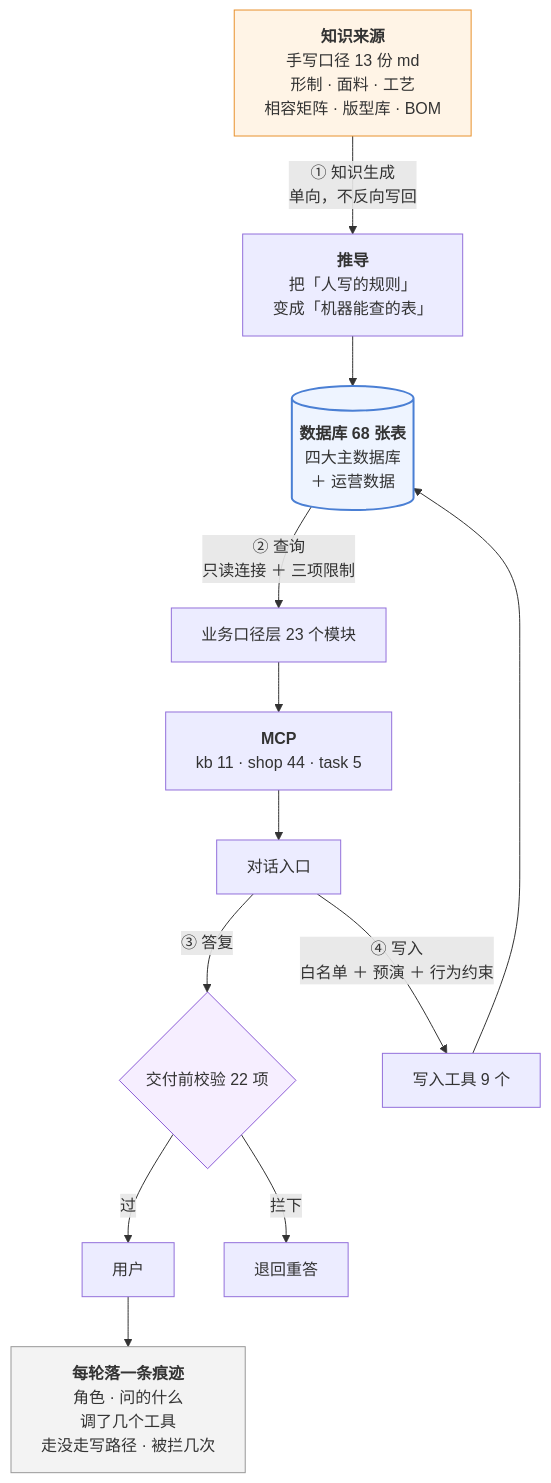
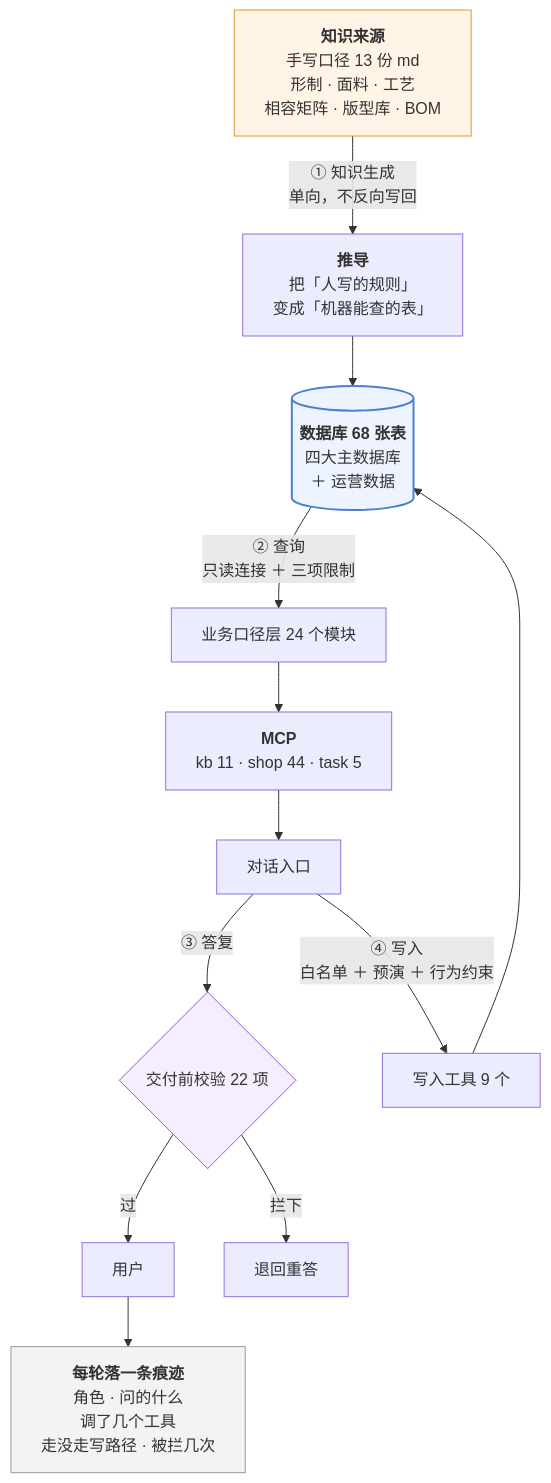
Before and after one commit to 843773296-rgb/lanxiu-yunshang-agent: the third of 4 diagrams in 澜绣云裳agent-产品需求文档.md, drawn with Mermaid. The commit also changed other lines of this file and 11 other files, not shown here.

````diff
--- a/澜绣云裳agent-产品需求文档.md
+++ b/澜绣云裳agent-产品需求文档.md
@@ -376,24 +376,24 @@
 ```mermaid
 flowchart TD
     MD["<b>知识来源</b><br/>手写口径 13 份 md<br/>形制 · 面料 · 工艺<br/>相容矩阵 · 版型库 · BOM"]
     MD -->|"① 知识生成<br/>单向，不反向写回"| DV["<b>推导</b><br/>把「人写的规则」<br/>变成「机器能查的表」"]
     DV --> DB[("<b>数据库 68 张表</b><br/>四大主数据库<br/>＋ 运营数据")]
 
-    DB -->|"② 查询<br/>只读连接 ＋ 三项限制"| KJ["业务口径层 23 个模块"]
+    DB -->|"② 查询<br/>只读连接 ＋ 三项限制"| KJ["业务口径层 24 个模块"]
     KJ --> MCP["<b>MCP</b><br/>kb 11 · shop 44 · task 5"]
     MCP --> LLM["对话入口"]
 
     LLM -->|"③ 答复"| GD{"交付前校验 22 项"}
     GD -- 过 --> U["用户"]
     GD -- 拦下 --> RE["退回重答"]
 
     LLM -->|"④ 写入<br/>白名单 ＋ 预演 ＋ 行为约束"| W["写入工具 9 个"]
     W --> DB
 
     U --> TR["<b>每轮落一条痕迹</b><br/>角色 · 问的什么<br/>调了几个工具<br/>走没走写路径 · 被拦几次"]
 
     style MD fill:#fff4e6,stroke:#e8912d
     style DB fill:#eef4ff,stroke:#4a7fd4,stroke-width:2px
     style GD fill:#f6eeff,stroke:#8b5cd6
     style TR fill:#f3f3f3,stroke:#999
 ```
````
